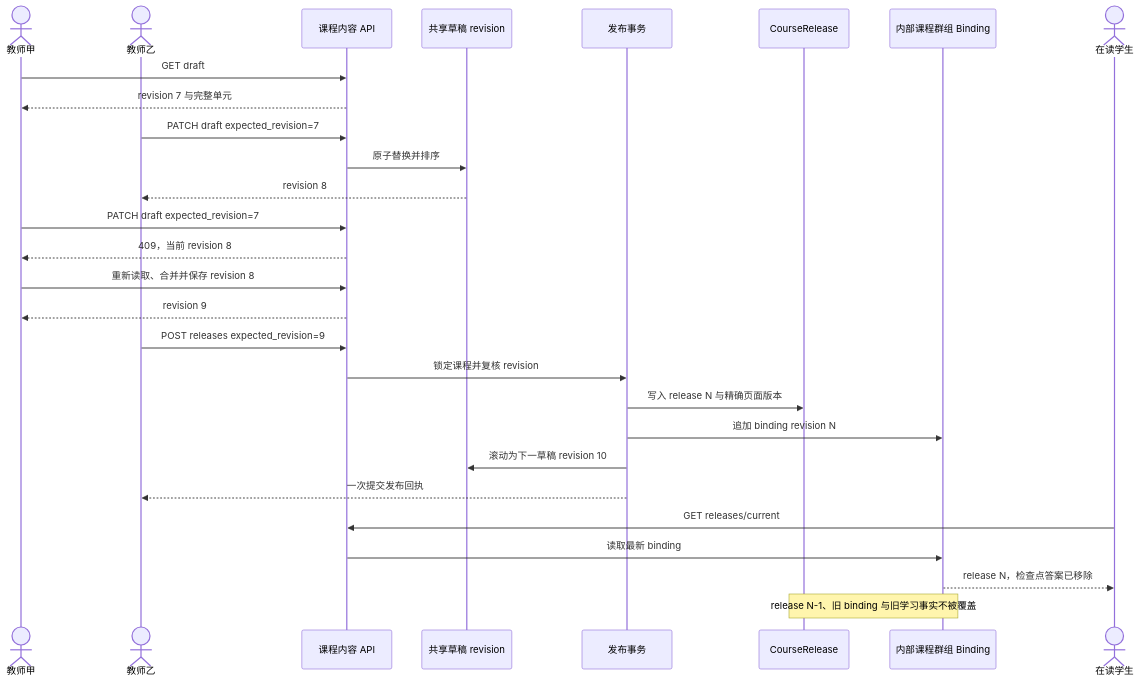
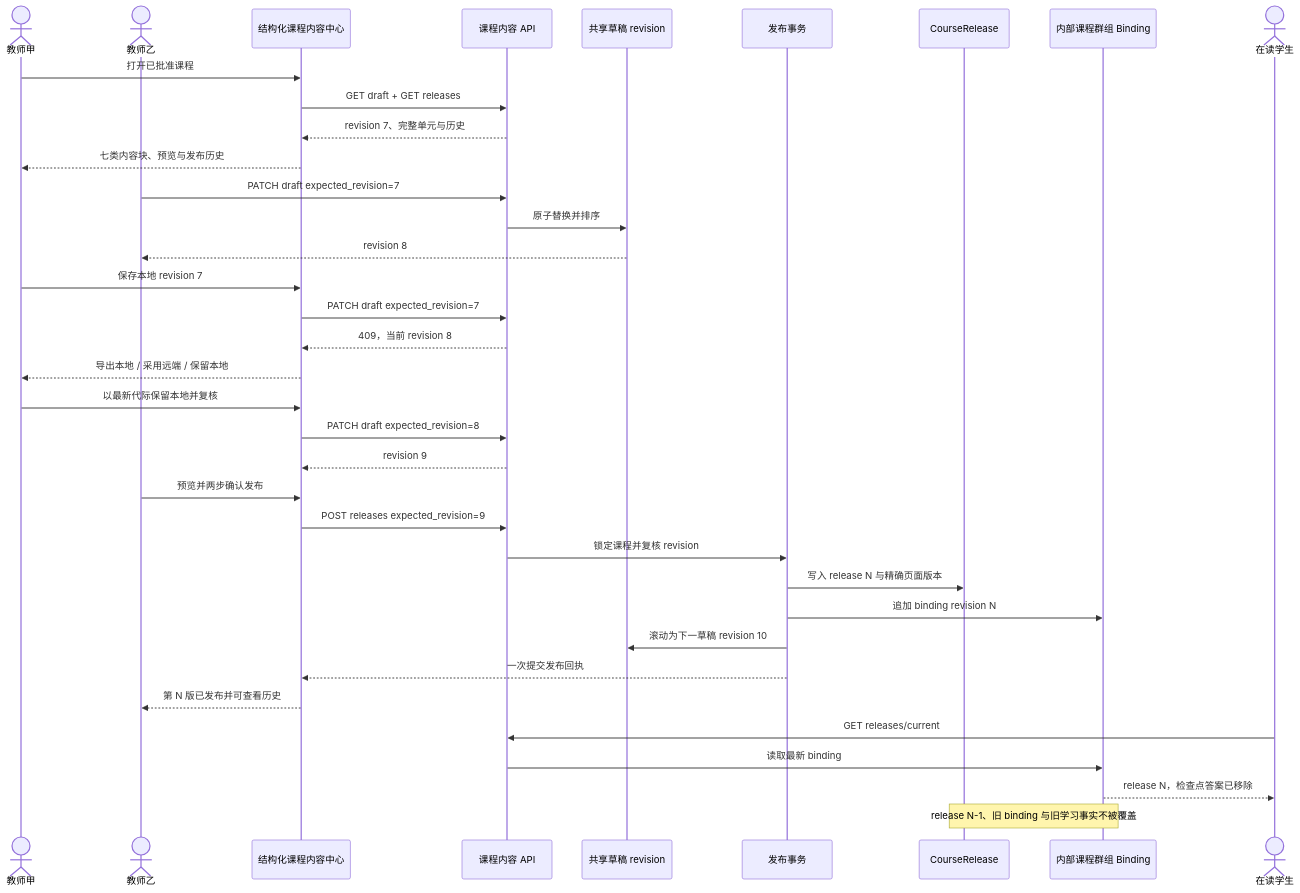
The ninth of 12 diagrams in doc/01-子文档/19-当前功能业务闭环与展示边界.md (falling-feather/Astra), drawn with Mermaid before and after one commit. The commit also changed other lines of this file and 4 other files, not shown here.

````diff
--- a/doc/01-子文档/19-当前功能业务闭环与展示边界.md
+++ b/doc/01-子文档/19-当前功能业务闭环与展示边界.md
@@ -621,31 +622,39 @@
 ```mermaid
 sequenceDiagram
     actor T1 as 教师甲
     actor T2 as 教师乙
+    participant UI as 结构化课程内容中心
     participant API as 课程内容 API
     participant D as 共享草稿 revision
     participant TX as 发布事务
     participant R as CourseRelease
     participant B as 内部课程群组 Binding
     actor S as 在读学生
 
-    T1->>API: GET draft
-    API-->>T1: revision 7 与完整单元
+    T1->>UI: 打开已批准课程
+    UI->>API: GET draft + GET releases
+    API-->>UI: revision 7、完整单元与历史
+    UI-->>T1: 七类内容块、预览与发布历史
     T2->>API: PATCH draft expected_revision=7
     API->>D: 原子替换并排序
     D-->>T2: revision 8
-    T1->>API: PATCH draft expected_revision=7
-    API-->>T1: 409，当前 revision 8
-    T1->>API: 重新读取、合并并保存 revision 8
-    API-->>T1: revision 9
-    T2->>API: POST releases expected_revision=9
+    T1->>UI: 保存本地 revision 7
+    UI->>API: PATCH draft expected_revision=7
+    API-->>UI: 409，当前 revision 8
+    UI-->>T1: 导出本地 / 采用远端 / 保留本地
+    T1->>UI: 以最新代际保留本地并复核
+    UI->>API: PATCH draft expected_revision=8
+    API-->>UI: revision 9
+    T2->>UI: 预览并两步确认发布
+    UI->>API: POST releases expected_revision=9
     API->>TX: 锁定课程并复核 revision
     TX->>R: 写入 release N 与精确页面版本
     TX->>B: 追加 binding revision N
     TX->>D: 滚动为下一草稿 revision 10
-    TX-->>T2: 一次提交发布回执
+    TX-->>UI: 一次提交发布回执
+    UI-->>T2: 第 N 版已发布并可查看历史
     S->>API: GET releases/current
     API->>B: 读取最新 binding
     B-->>S: release N，检查点答案已移除
     Note over R,B: release N-1、旧 binding 与旧学习事实不被覆盖
 ```
````
